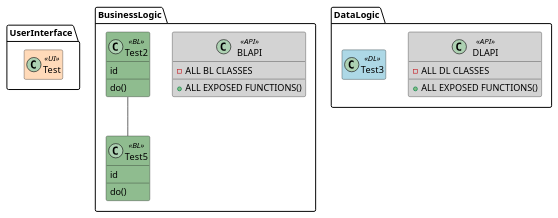
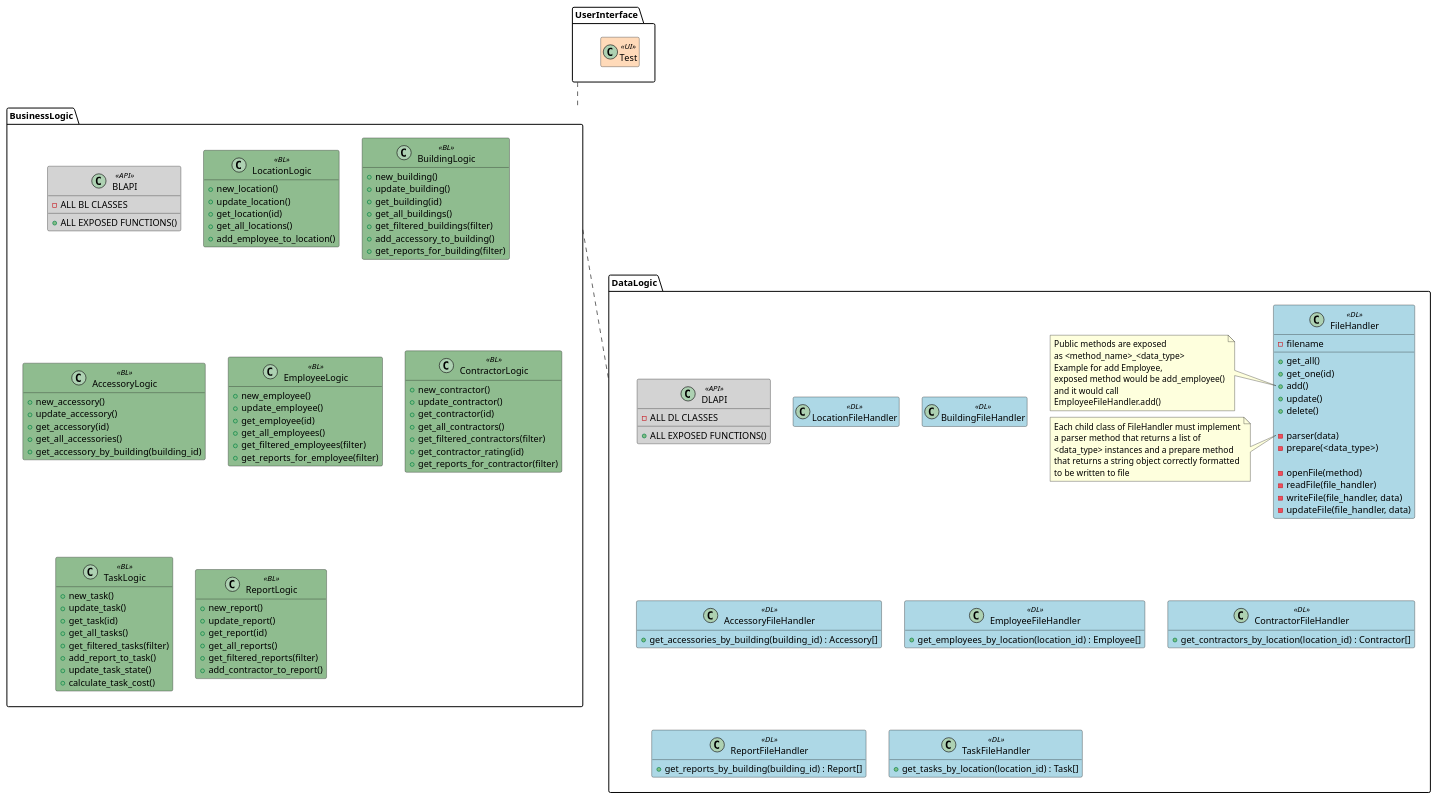
Before and after one commit to finnure/Verklegt1-H1-2021: the diagram in docs/uml/3-tier_class.puml, drawn with PlantUML.

Commit message:
Vinna við 3 tier klasarit

```diff
--- a/docs/uml/3-tier_class.puml
+++ b/docs/uml/3-tier_class.puml
@@ -1,39 +1,139 @@
 @startuml 3-tier
 hide empty members
 
 skinparam class {
   BackgroundColor<<UI>> PeachPuff
   BackgroundColor<<BL>> DarkSeaGreen
   BackgroundColor<<DL>> LightBlue
   BackgroundColor<<API>> LightGray
 }
 
 package UserInterface {
   Class Test <<UI>>
 }
-
+UserInterface .. BusinessLogic
+BusinessLogic .. DataLogic
 package BusinessLogic {
   Class BLAPI <<API>> {
     - ALL BL CLASSES
     + ALL EXPOSED FUNCTIONS()
   }
-  Class Test2 <<BL>> {
-    id
-    do()
+  class LocationLogic <<BL>> {
+    + new_location()
+    + update_location()
+    + get_location(id)
+    + get_all_locations()
+    + add_employee_to_location()
   }
-  Class Test5 <<BL>> {
-    id
-    do()
+  class BuildingLogic <<BL>> {
+    + new_building()
+    + update_building()
+    + get_building(id)
+    + get_all_buildings()
+    + get_filtered_buildings(filter)
+    + add_accessory_to_building()
+    + get_reports_for_building(filter)
   }
-  Test2 -- Test5
+  class AccessoryLogic <<BL>> {
+    + new_accessory()
+    + update_accessory()
+    + get_accessory(id)
+    + get_all_accessories()
+    + get_accessory_by_building(building_id)
+  }
+  class EmployeeLogic <<BL>> {
+    + new_employee()
+    + update_employee()
+    + get_employee(id)
+    + get_all_employees()
+    + get_filtered_employees(filter)
+    + get_reports_for_employee(filter)
+  }
+  class ContractorLogic <<BL>> {
+    + new_contractor()
+    + update_contractor()
+    + get_contractor(id)
+    + get_all_contractors()
+    + get_filtered_contractors(filter)
+    + get_contractor_rating(id)
+    + get_reports_for_contractor(filter)
+  }
+  class TaskLogic <<BL>> {
+    + new_task()
+    + update_task()
+    + get_task(id)
+    + get_all_tasks()
+    + get_filtered_tasks(filter)
+    + add_report_to_task()
+    + update_task_state()
+    + calculate_task_cost()
+  }
+  class ReportLogic <<BL>> {
+    + new_report()
+    + update_report()
+    + get_report(id)
+    + get_all_reports()
+    + get_filtered_reports(filter)
+    + add_contractor_to_report()
+  }
 }
 
 package DataLogic {
   Class DLAPI <<API>> {
     - ALL DL CLASSES
     + ALL EXPOSED FUNCTIONS()
   }
-  Class Test3 <<DL>>
+  class FileHandler <<DL>> {
+    - filename
+
+    + get_all()
+    + get_one(id)
+    + add()
+    + update()
+    + delete()
+
+    - parser(data)
+    - prepare(<data_type>)
+
+    - openFile(method)
+    - readFile(file_handler)
+    - writeFile(file_handler, data)
+    - updateFile(file_handler, data)
+  }
+  note left of FileHandler::add
+    Public methods are exposed
+    as <method_name>_<data_type>
+    Example for add Employee,
+    exposed method would be add_employee()
+    and it would call
+    EmployeeFileHandler.add()
+  end note
+  note left of FileHandler::parser
+    Each child class of FileHandler must implement
+    a parser method that returns a list of
+    <data_type> instances and a prepare method
+    that returns a string object correctly formatted
+    to be written to file
+  end note
+  Class LocationFileHandler <<DL>> {
+  }
+  Class BuildingFileHandler <<DL>> {
+  }
+  Class AccessoryFileHandler <<DL>> {
+    + get_accessories_by_building(building_id) : Accessory[]
+  }
+  Class EmployeeFileHandler <<DL>> {
+    + get_employees_by_location(location_id) : Employee[]
+  }
+  Class ContractorFileHandler <<DL>> {
+    + get_contractors_by_location(location_id) : Contractor[]
+  }
+  Class ReportFileHandler <<DL>> {
+    + get_reports_by_building(building_id) : Report[]
+  }
+  Class TaskFileHandler <<DL>> {
+    + get_tasks_by_location(location_id) : Task[]
+  }
 }
 
 @enduml
```
